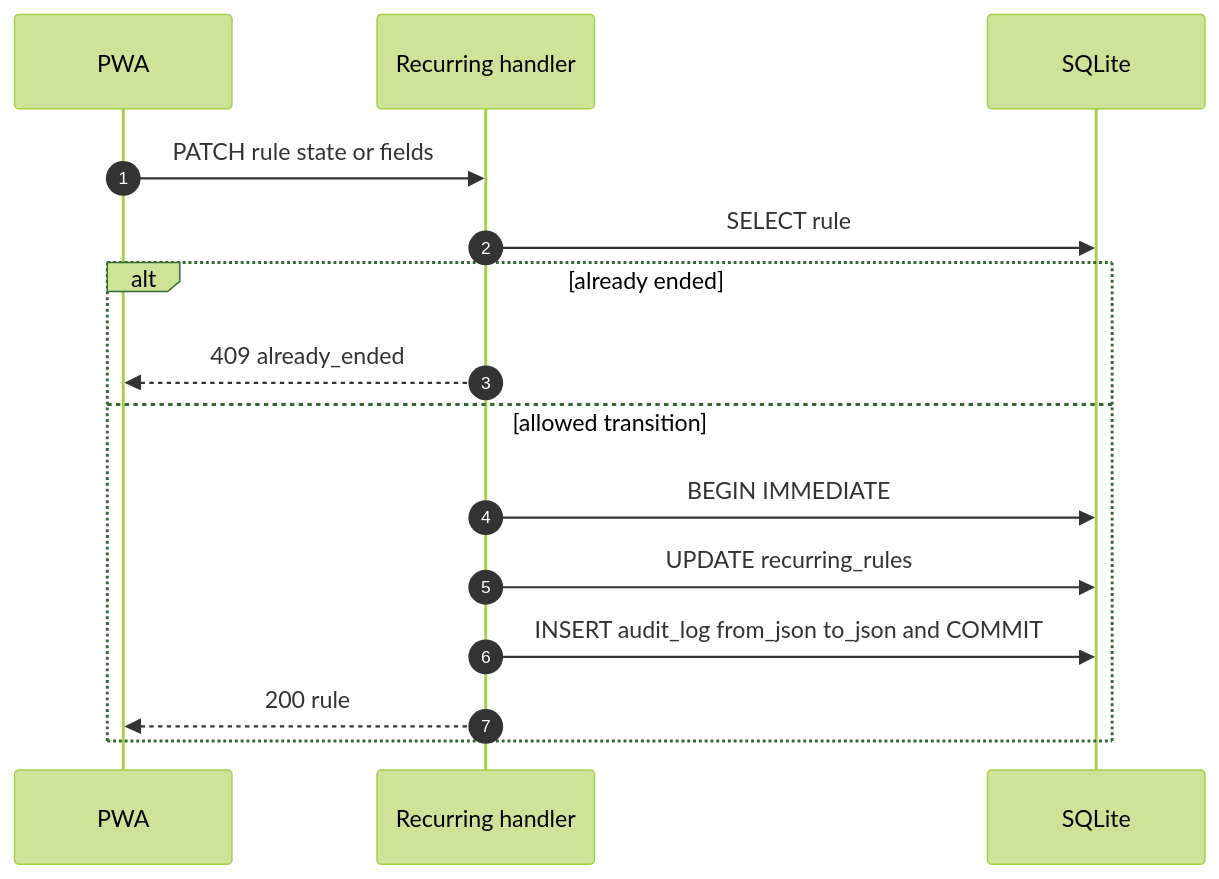
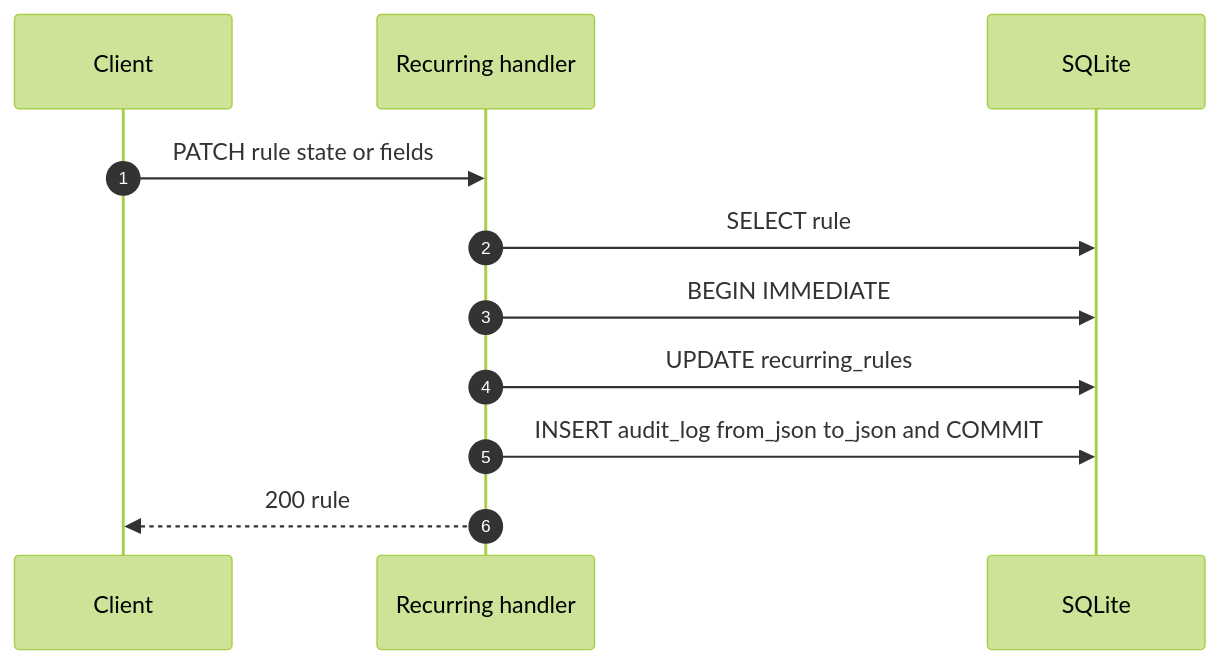
Diagram 15 of 20 in docs/v2-api.md (dimasbaguspm/spenicle), drawn with Mermaid (forest theme) before and after one commit. The commit also changed other lines of this file and 44 other files, not shown here.

````diff
--- a/docs/v2-api.md
+++ b/docs/v2-api.md
@@ -841,17 +891,13 @@
 ```mermaid
 sequenceDiagram
     autonumber
-    participant UI as PWA
+    participant UI as Client
     participant API as Recurring handler
     participant DB as SQLite
     UI->>API: PATCH rule state or fields
     API->>DB: SELECT rule
-    alt already ended
-        API-->>UI: 409 already_ended
-    else allowed transition
-        API->>DB: BEGIN IMMEDIATE
-        API->>DB: UPDATE recurring_rules
-        API->>DB: INSERT audit_log from_json to_json and COMMIT
-        API-->>UI: 200 rule
-    end
+    API->>DB: BEGIN IMMEDIATE
+    API->>DB: UPDATE recurring_rules
+    API->>DB: INSERT audit_log from_json to_json and COMMIT
+    API-->>UI: 200 rule
 ```
````
